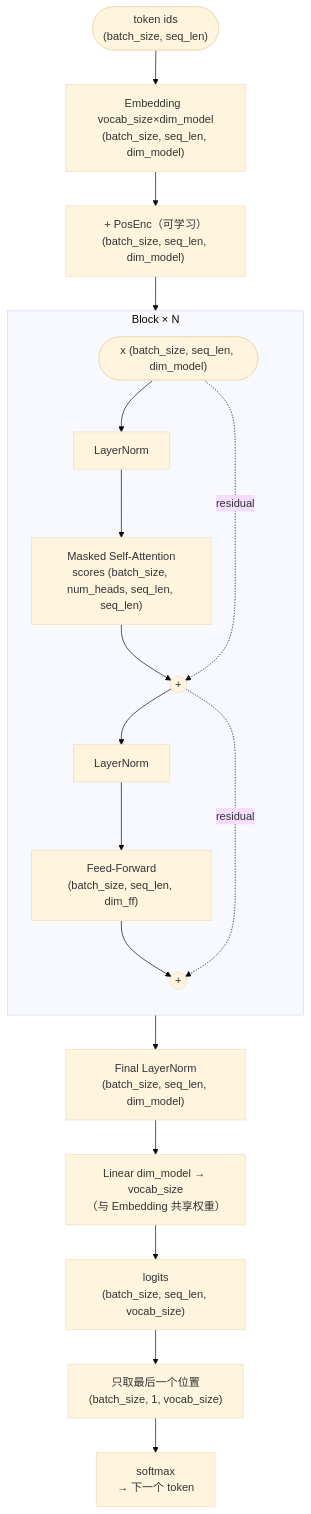
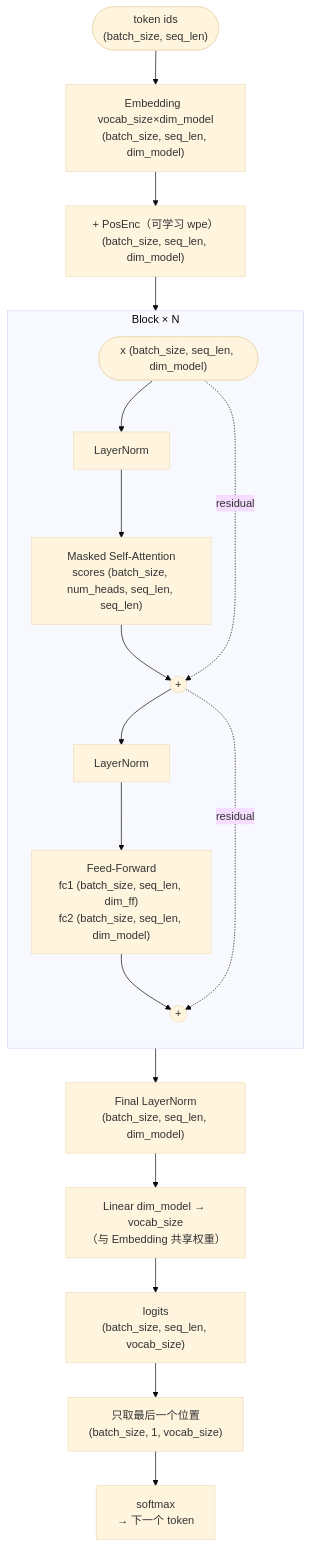
Before and after one commit to Zhang-Wen-chao/Deep-Learning-Practice: the diagram in llm/gpt/README.md, drawn with Mermaid (base theme). The commit also changed other lines of this file and 10 other files, not shown here.

````diff
--- a/llm/gpt/README.md
+++ b/llm/gpt/README.md
@@ -7,23 +60,23 @@
 ```mermaid
 flowchart TB
     TK(["token ids<br/>(batch_size, seq_len)"]) --> E["Embedding  vocab_size×dim_model<br/>(batch_size, seq_len, dim_model)"]
-    E --> P["+ PosEnc（可学习）<br/>(batch_size, seq_len, dim_model)"]
+    E --> P["+ PosEnc（可学习 wpe）<br/>(batch_size, seq_len, dim_model)"]
 
     subgraph BLK["Block × N"]
         direction TB
         IN(["x (batch_size, seq_len, dim_model)"]) --> L1["LayerNorm"]
         L1 --> A["Masked Self-Attention<br/>scores (batch_size, num_heads, seq_len, seq_len)"]
         A --> R1(("+"))
         IN -.->|residual| R1
         R1 --> L2["LayerNorm"]
-        L2 --> F["Feed-Forward<br/>(batch_size, seq_len, dim_ff)"]
+        L2 --> F["Feed-Forward<br/>fc1 (batch_size, seq_len, dim_ff)<br/>fc2 (batch_size, seq_len, dim_model)"]
         F --> R2(("+"))
         R1 -.->|residual| R2
     end
 
     P --> IN
     R2 --> LN["Final LayerNorm<br/>(batch_size, seq_len, dim_model)"]
     LN --> HD["Linear dim_model → vocab_size<br/>（与 Embedding 共享权重）"]
     HD --> LG["logits<br/>(batch_size, seq_len, vocab_size)"]
     LG --> LAST["只取最后一个位置<br/>(batch_size, 1, vocab_size)"] --> SM["softmax<br/>→ 下一个 token"]
 ```
````
